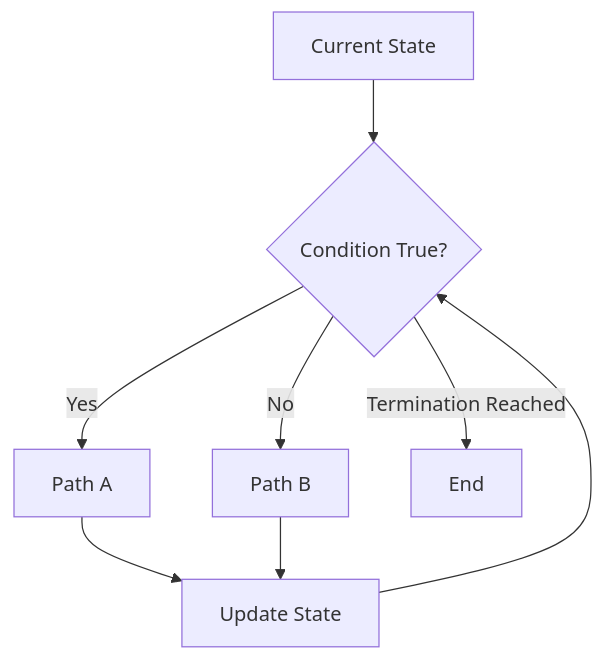
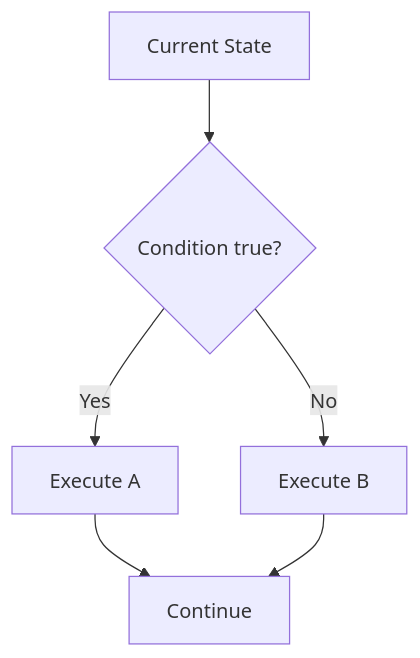
Before and after one commit to inred329/summer_pre_course_2026: the first of 2 diagrams in materials/preparatory/unit-03-control-flow.en.md, drawn with Mermaid. The commit also changed other lines of this file and 61 other files, not shown here.

````diff
--- a/materials/preparatory/unit-03-control-flow.en.md
+++ b/materials/preparatory/unit-03-control-flow.en.md
@@ -75,10 +58,8 @@
 ```mermaid
 flowchart TD
-    S[Current State] --> Q{Condition True?}
-    Q -->|Yes| A[Path A]
-    Q -->|No| B[Path B]
-    A --> U[Update State]
-    B --> U
-    U --> Q
-    Q -->|Termination Reached| E[End]
+    S[Current State] --> Q{Condition true?}
+    Q -->|Yes| A[Execute A]
+    Q -->|No| B[Execute B]
+    A --> E[Continue]
+    B --> E
 ```
````
